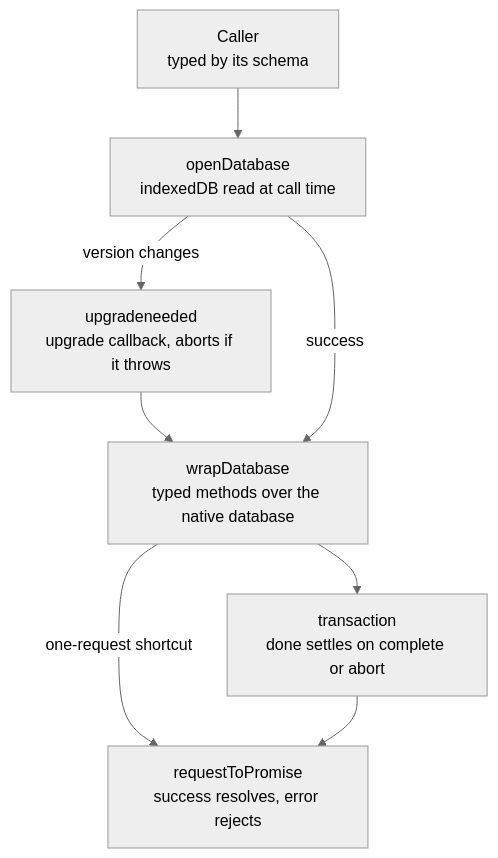
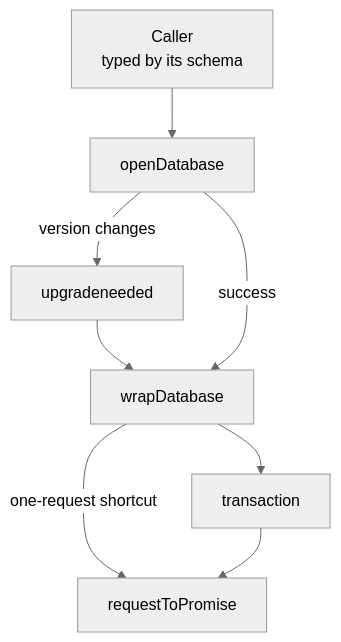
The diagram in openspec/specs/shared/indexed-db/design.md (Esposter/Esposter), drawn with Mermaid (neutral theme) before and after one commit. The commit also changed other lines of this file and 15 other files, not shown here.

````diff
--- a/openspec/specs/shared/indexed-db/design.md
+++ b/openspec/specs/shared/indexed-db/design.md
@@ -23,16 +23,16 @@
 ```mermaid
 flowchart TD
   caller["Caller<br/>typed by its schema"]
-  open["openDatabase<br/>indexedDB read at call time"]
-  upgrade["upgradeneeded<br/>upgrade callback, aborts if it throws"]
-  database["wrapDatabase<br/>typed methods over the native database"]
-  transaction["transaction<br/>done settles on complete or abort"]
-  request["requestToPromise<br/>success resolves, error rejects"]
+  open["openDatabase"]
+  upgrade["upgradeneeded"]
+  database["wrapDatabase"]
+  transaction["transaction"]
+  request["requestToPromise"]
   caller --> open
   open -->|version changes| upgrade
   upgrade --> database
   open -->|success| database
   database -->|one-request shortcut| request
   database --> transaction
   transaction --> request
 ```
````
